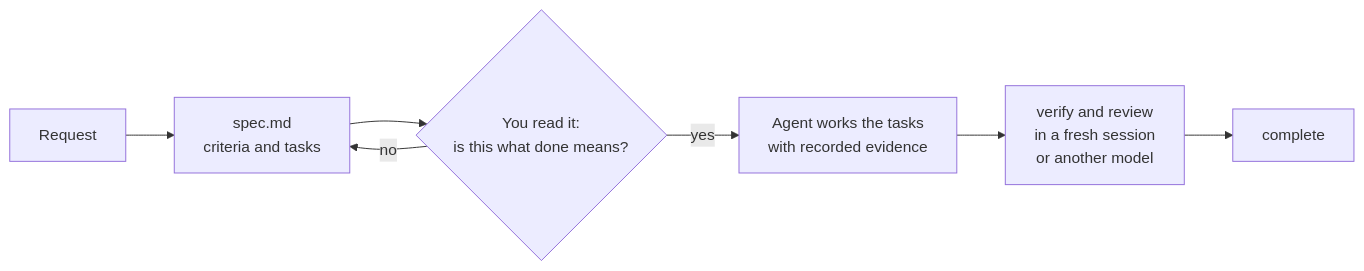
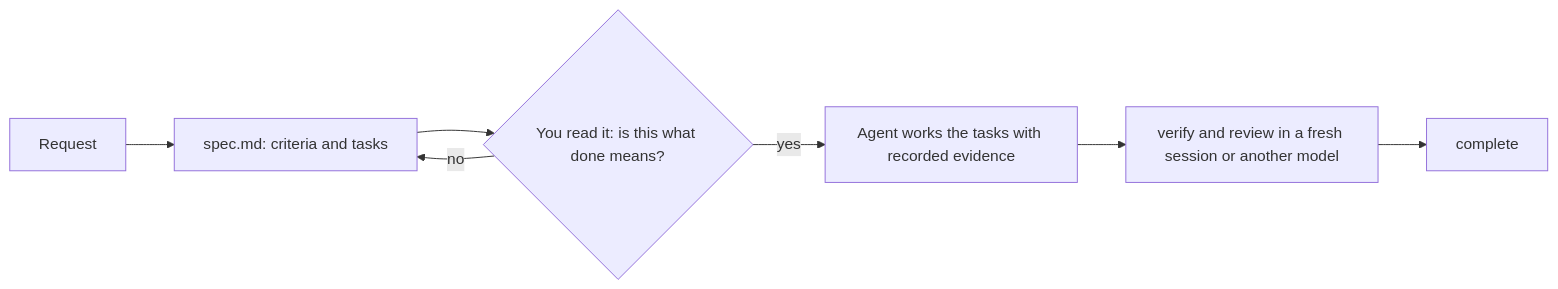
One commit to anton-abyzov/specweave changed the diagram in docs-site/docs/overview/why-specweave.md. Above: the diagram before and after it, drawn with Mermaid. The commit also changed 105 other files, not shown here.

Commit message:
Reorganize site content, add scroll sequences and tutorial guides

````diff
--- a/docs-site/docs/overview/why-specweave.md
+++ b/docs-site/docs/overview/why-specweave.md
@@ -29,9 +29,9 @@
 ```mermaid
 flowchart LR
-  idea[Request] --> spec[spec.md<br/>criteria and tasks]
-  spec --> review{You read it:<br/>is this what done means?}
+  idea[Request] --> spec[spec.md: criteria and tasks]
+  spec --> review{You read it: is this what done means?}
   review -->|no| spec
-  review -->|yes| work[Agent works the tasks<br/>with recorded evidence]
-  work --> verify[verify and review<br/>in a fresh session<br/>or another model]
+  review -->|yes| work[Agent works the tasks with recorded evidence]
+  work --> verify[verify and review in a fresh session or another model]
   verify --> ship[complete]
 ```
````
